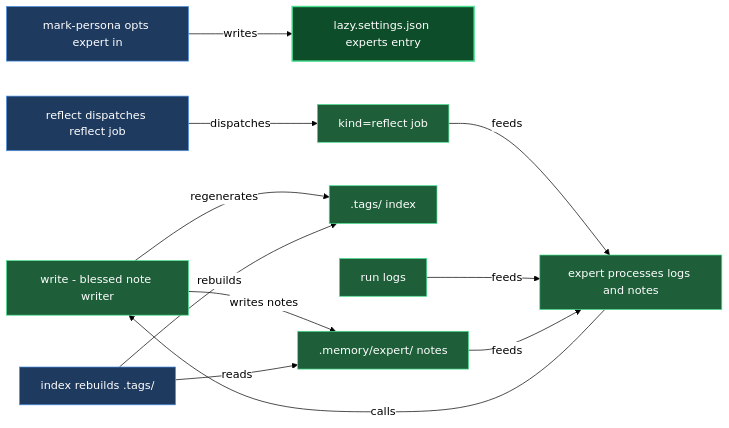
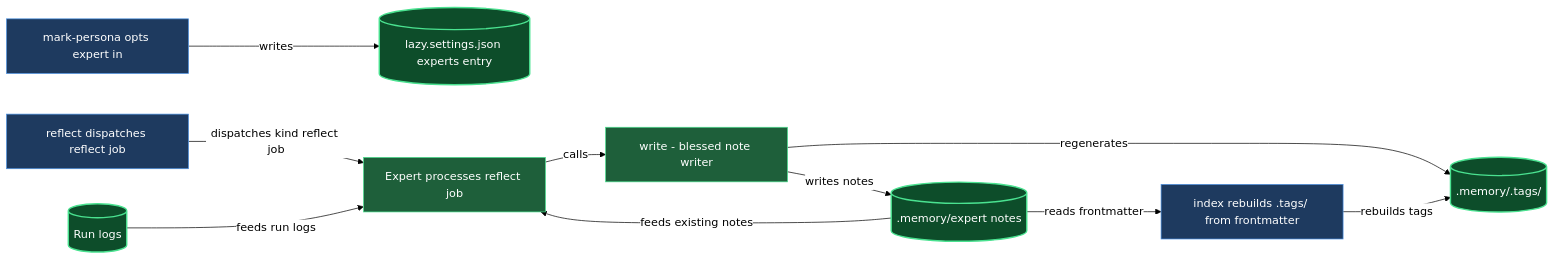
Before and after one commit to mebius-san/lazy-cortex: the diagram in claude/lazycortex-core/help/memory.md, drawn with Mermaid. The commit also changed other lines of this file and 37 other files, not shown here.

````diff
--- a/claude/lazycortex-core/help/memory.md
+++ b/claude/lazycortex-core/help/memory.md
@@ -64,40 +64,37 @@
 ```mermaid
 %%{init: {'themeVariables':{'background':'transparent','lineColor':'#000','textColor':'#000','edgeLabelBackground':'#fff'},'themeCSS':'.edgeLabel{background-color:transparent!important}.edgeLabel p{background-color:transparent!important}','flowchart':{'diagramPadding':5,'useMaxWidth':true}}}%%
 flowchart LR
   markPersonaSkill[mark-persona opts expert in]
-  settingsEntry[lazy.settings.json experts entry]
+  expertsSettingsEntry[(lazy.settings.json experts entry)]
+  reflectSkill[reflect dispatches reflect job]
+  runLogs[(Run logs)]
+  expertReflectJob[Expert processes reflect job]
   writeSkill[write - blessed note writer]
-  memoryNotes[.memory/expert/ notes]
-  tagsIndex[.tags/ index]
-  reflectSkill[reflect dispatches reflect job]
-  reflectJob[kind=reflect job]
-  runLogs[run logs]
-  expertProcess[expert processes logs and notes]
-  indexSkill[index rebuilds .tags/]
+  expertMemoryNotes[(.memory/expert notes)]
+  memoryTags[(.memory/.tags/)]
+  indexSkill[index rebuilds .tags/ from frontmatter]
 
-  markPersonaSkill -->|writes| settingsEntry
-  reflectSkill -->|dispatches| reflectJob
-  reflectJob -->|feeds| expertProcess
-  runLogs -->|feeds| expertProcess
-  memoryNotes -->|feeds| expertProcess
-  expertProcess -->|calls| writeSkill
-  writeSkill -->|writes notes| memoryNotes
-  writeSkill -->|regenerates| tagsIndex
-  indexSkill -->|reads| memoryNotes
-  indexSkill -->|rebuilds| tagsIndex
+  markPersonaSkill -->|writes| expertsSettingsEntry
+  reflectSkill -->|dispatches kind reflect job| expertReflectJob
+  runLogs -->|feeds run logs| expertReflectJob
+  expertMemoryNotes -->|feeds existing notes| expertReflectJob
+  expertReflectJob -->|calls| writeSkill
+  writeSkill -->|writes notes| expertMemoryNotes
+  writeSkill -->|regenerates| memoryTags
+  expertMemoryNotes -->|reads frontmatter| indexSkill
+  indexSkill -->|rebuilds tags| memoryTags
 
   classDef entry fill:#1e3a5f,stroke:#4a90e2,color:#fff
   classDef action fill:#1e5f3a,stroke:#4ae290,color:#fff
   classDef success fill:#0d4d2a,stroke:#4ae290,color:#fff,stroke-width:2px
 
   class markPersonaSkill entry
   class reflectSkill entry
   class indexSkill entry
+  class expertReflectJob action
   class writeSkill action
-  class memoryNotes action
-  class tagsIndex action
-  class reflectJob action
-  class runLogs action
-  class expertProcess action
-  class settingsEntry success
+  class expertsSettingsEntry success
+  class runLogs success
+  class expertMemoryNotes success
+  class memoryTags success
 ```
````
